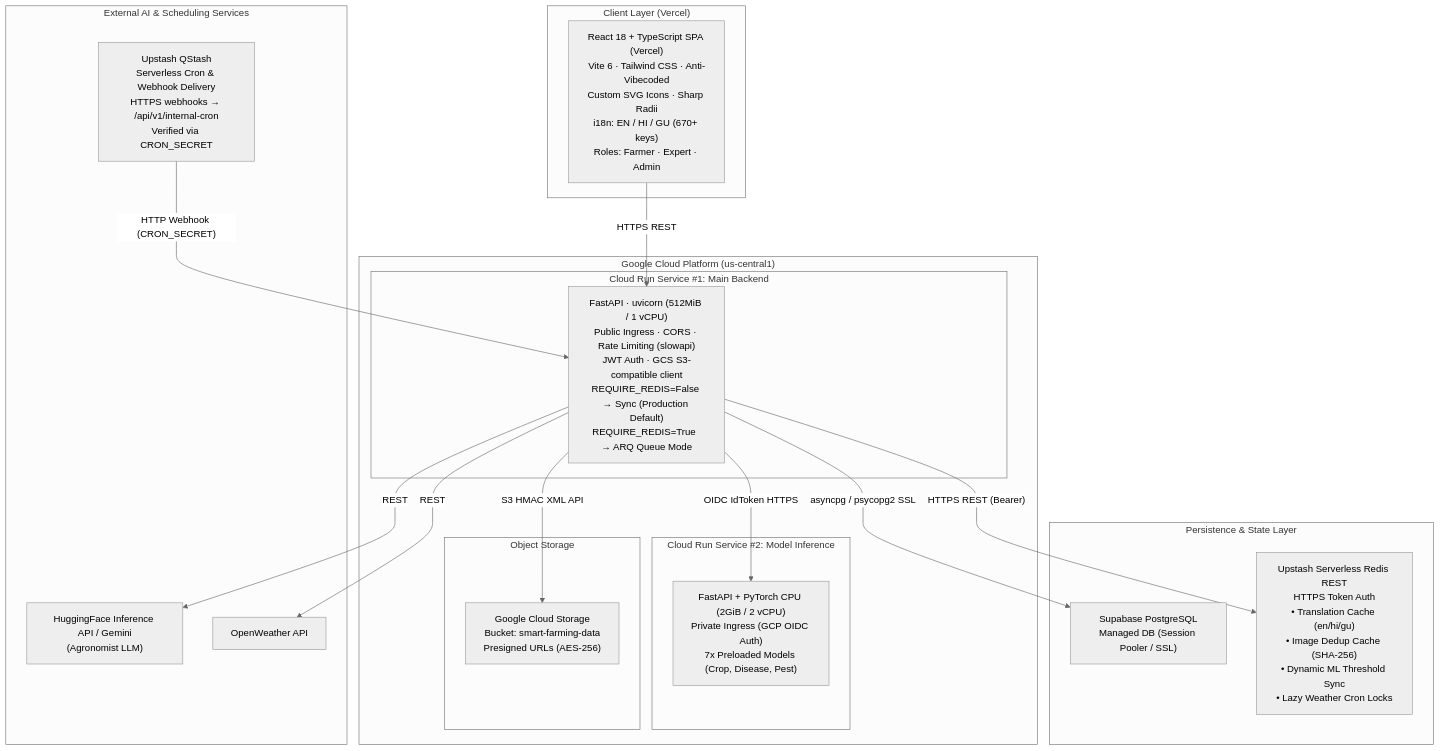
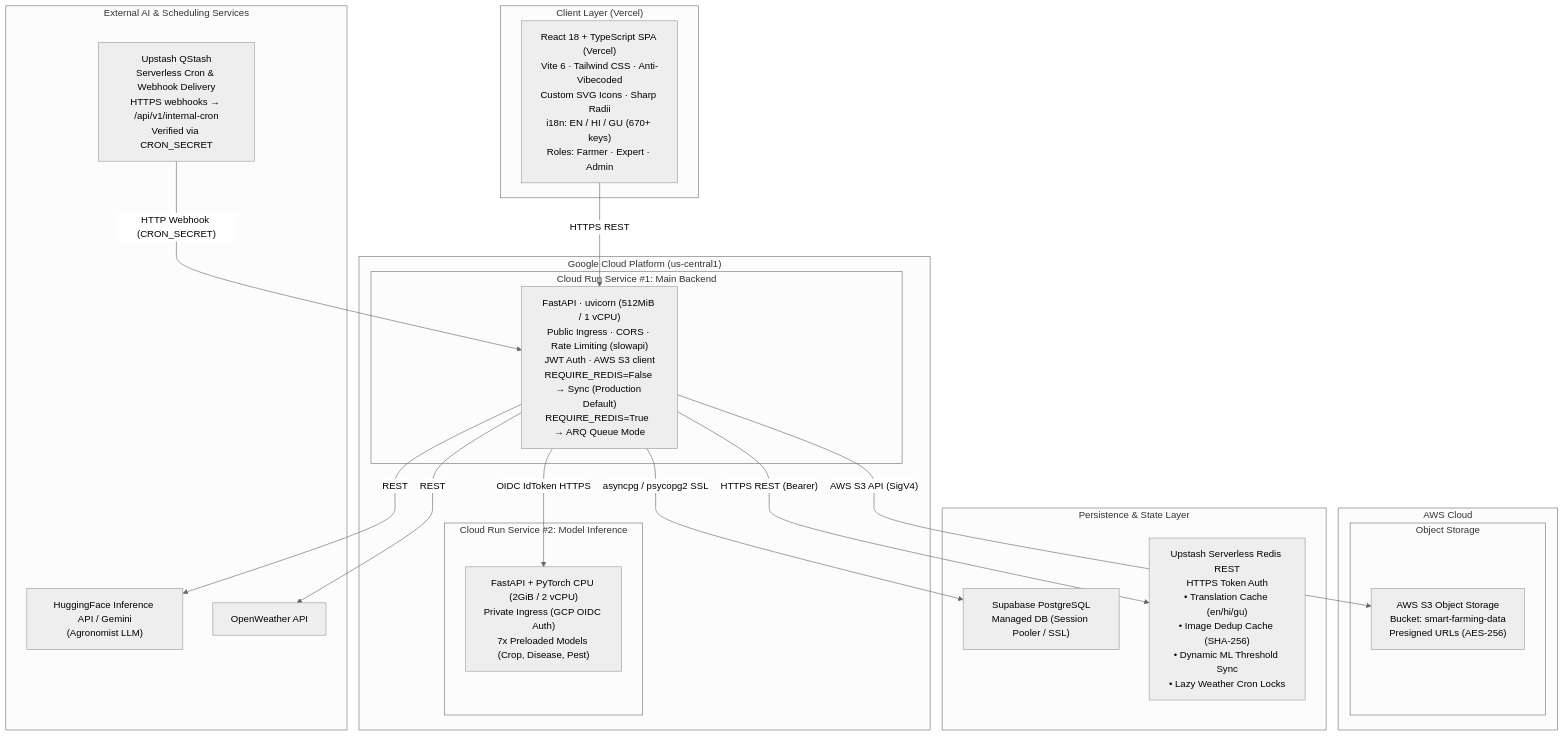
The first of 11 diagrams in Docs/Architecture.md (manthan2876/Smart-Farming), drawn with Mermaid (neutral theme) before and after one commit. The commit also changed other lines of this file and 19 other files, not shown here.

Commit message:
refactor(storage): migrate object storage to AWS S3 and remove Google Cloud Storage implementation

````diff
--- a/Docs/Architecture.md
+++ b/Docs/Architecture.md
@@ -53,40 +53,42 @@
 ```mermaid
 flowchart TD
     subgraph CLIENT["Client Layer (Vercel)"]
         SPA["React 18 + TypeScript SPA (Vercel)\nVite 6 · Tailwind CSS · Anti-Vibecoded\nCustom SVG Icons · Sharp Radii\ni18n: EN / HI / GU (670+ keys)\nRoles: Farmer · Expert · Admin"]
     end
 
     subgraph GCP["Google Cloud Platform (us-central1)"]
         subgraph GATEWAY["Cloud Run Service #1: Main Backend"]
-            API["FastAPI · uvicorn (512MiB / 1 vCPU)\nPublic Ingress · CORS · Rate Limiting (slowapi)\nJWT Auth · GCS S3-compatible client\nREQUIRE_REDIS=False → Sync (Production Default)\nREQUIRE_REDIS=True  → ARQ Queue Mode"]
+            API["FastAPI · uvicorn (512MiB / 1 vCPU)\nPublic Ingress · CORS · Rate Limiting (slowapi)\nJWT Auth · AWS S3 client\nREQUIRE_REDIS=False → Sync (Production Default)\nREQUIRE_REDIS=True  → ARQ Queue Mode"]
         end
 
         subgraph INFERENCE["Cloud Run Service #2: Model Inference"]
             INF["FastAPI + PyTorch CPU (2GiB / 2 vCPU)\nPrivate Ingress (GCP OIDC Auth)\n7x Preloaded Models (Crop, Disease, Pest)"]
         end
+    end
 
+    subgraph AWS["AWS Cloud"]
         subgraph OBJ["Object Storage"]
-            GCS["Google Cloud Storage\nBucket: smart-farming-data\nPresigned URLs (AES-256)"]
+            S3["AWS S3 Object Storage\nBucket: smart-farming-data\nPresigned URLs (AES-256)"]
         end
     end
 
     subgraph PERSIST["Persistence & State Layer"]
         DB["Supabase PostgreSQL\nManaged DB (Session Pooler / SSL)"]
         UPSTASH["Upstash Serverless Redis REST\nHTTPS Token Auth\n• Translation Cache (en/hi/gu)\n• Image Dedup Cache (SHA-256)\n• Dynamic ML Threshold Sync\n• Lazy Weather Cron Locks"]
     end
 
     subgraph EXTERNAL["External AI & Scheduling Services"]
         HF["HuggingFace Inference API / Gemini\n(Agronomist LLM)"]
         OWM["OpenWeather API"]
         QSTASH["Upstash QStash\nServerless Cron & Webhook Delivery\nHTTPS webhooks → /api/v1/internal-cron\nVerified via CRON_SECRET"]
     end
 
     SPA -- "HTTPS REST" --> API
     API -- "OIDC IdToken HTTPS" --> INF
-    API -- "S3 HMAC XML API" --> GCS
+    API -- "AWS S3 API (SigV4)" --> S3
     API -- "asyncpg / psycopg2 SSL" --> DB
     API -- "HTTPS REST (Bearer)" --> UPSTASH
     API -- "REST" --> HF
     API -- "REST" --> OWM
     QSTASH -- "HTTP Webhook (CRON_SECRET)" --> API
 ```
````
